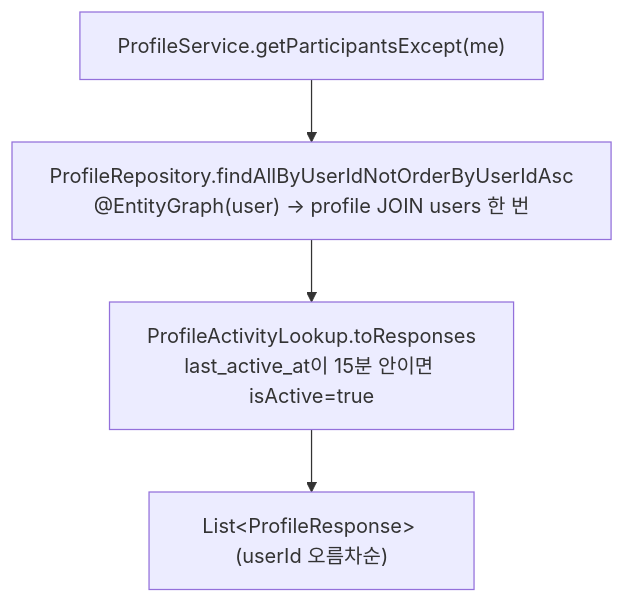
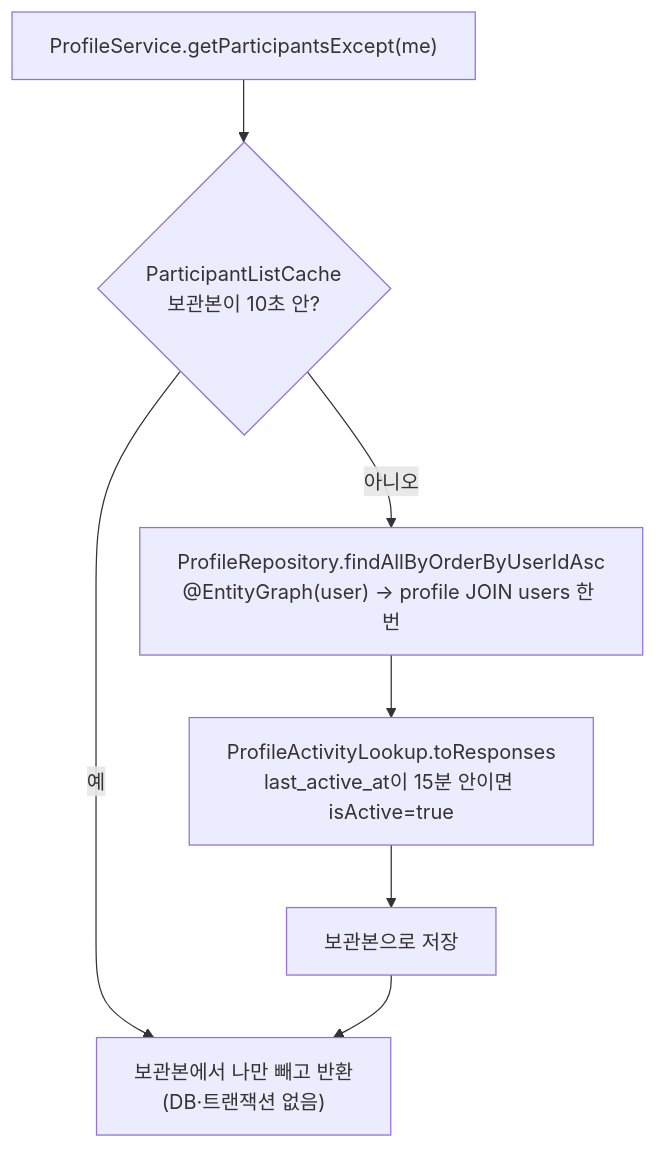
Before and after one commit to seoil-power-rangers/facecook-be: the seventh of 18 diagrams in docs/백엔드_코드_온보딩.md, drawn with Mermaid. The commit also changed other lines of this file and 8 other files, not shown here.

````diff
--- a/docs/백엔드_코드_온보딩.md
+++ b/docs/백엔드_코드_온보딩.md
@@ -497,6 +498,8 @@
 ```mermaid
 flowchart TB
-    A["ProfileService.getParticipantsExcept(me)"] --> B["ProfileRepository.findAllByUserIdNotOrderByUserIdAsc<br/>@EntityGraph(user) → profile JOIN users 한 번"]
+    A["ProfileService.getParticipantsExcept(me)"] --> K{"ParticipantListCache<br/>보관본이 10초 안?"}
+    K -- 예 --> F["보관본에서 나만 빼고 반환<br/>(DB·트랜잭션 없음)"]
+    K -- 아니오 --> B["ProfileRepository.findAllByOrderByUserIdAsc<br/>@EntityGraph(user) → profile JOIN users 한 번"]
     B --> C["ProfileActivityLookup.toResponses<br/>last_active_at이 15분 안이면 isActive=true"]
-    C --> D["List&lt;ProfileResponse&gt; (userId 오름차순)"]
+    C --> S["보관본으로 저장"] --> F
 ```
````
